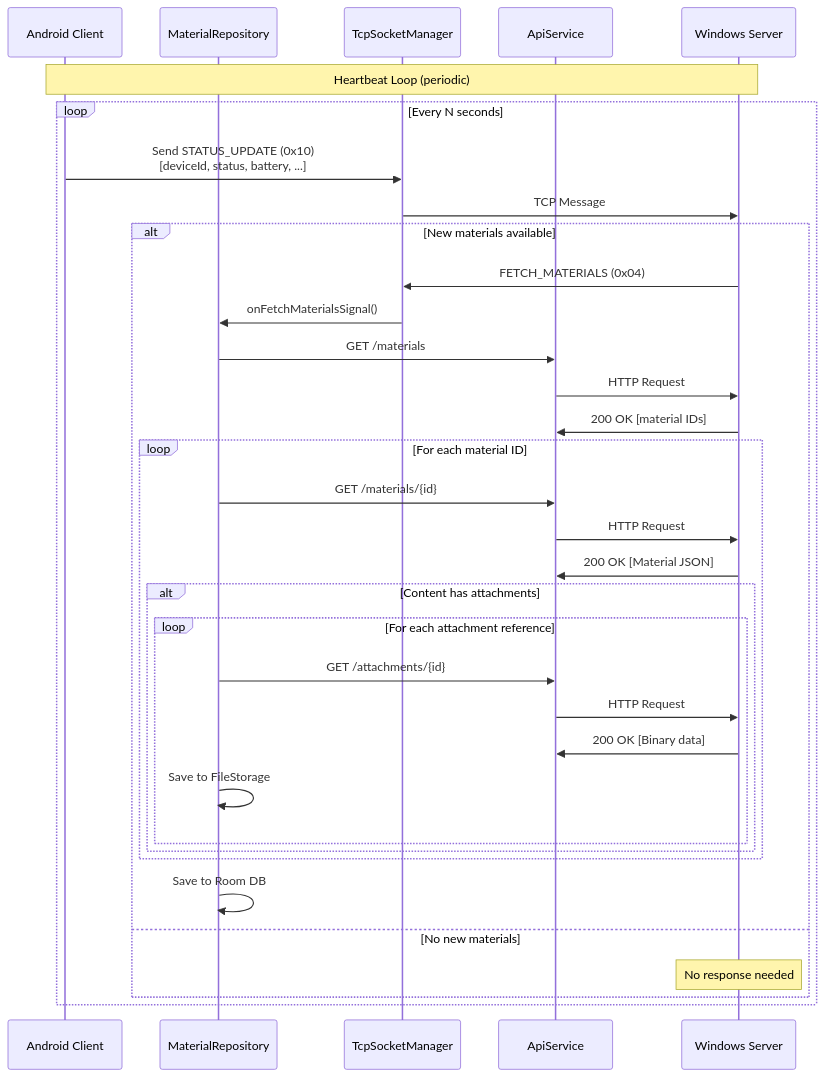
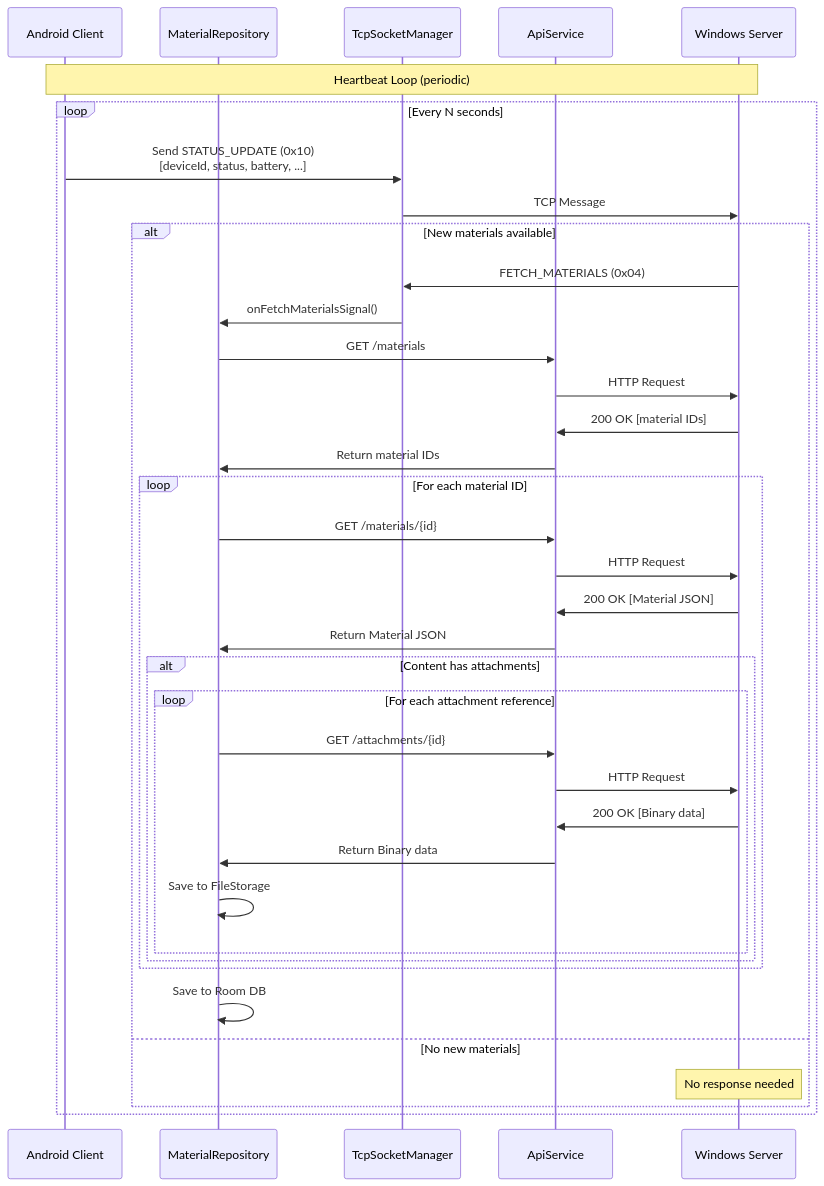
One commit to raphaellith/Manuscripta changed the fifth of 15 diagrams in docs/Android System Design.md. Above: the diagram before and after it, drawn with Mermaid. The commit also changed 1 other file, not shown here.

Commit message:
feat: add Android/Windows client tasks for session lifecycle alignment and clarify HTTP response returns in Android system design documentation.

````diff
--- a/docs/Android System Design.md
+++ b/docs/Android System Design.md
@@ -336,41 +336,44 @@
 ```mermaid
 sequenceDiagram
     participant A as Android Client
     participant MR as MaterialRepository
     participant TCP as TcpSocketManager
     participant HTTP as ApiService
     participant W as Windows Server
     
     Note over A,W: Heartbeat Loop (periodic)
     loop Every N seconds
         A->>TCP: Send STATUS_UPDATE (0x10)<br/>[deviceId, status, battery, ...]
         TCP->>W: TCP Message
         
         alt New materials available
             W->>TCP: FETCH_MATERIALS (0x04)
             TCP->>MR: onFetchMaterialsSignal()
             MR->>HTTP: GET /materials
             HTTP->>W: HTTP Request
             W->>HTTP: 200 OK [material IDs]
+            HTTP->>MR: Return material IDs
             
             loop For each material ID
                 MR->>HTTP: GET /materials/{id}
                 HTTP->>W: HTTP Request
                 W->>HTTP: 200 OK [Material JSON]
+                HTTP->>MR: Return Material JSON
                 
                 alt Content has attachments
                     loop For each attachment reference
                         MR->>HTTP: GET /attachments/{id}
                         HTTP->>W: HTTP Request
                         W->>HTTP: 200 OK [Binary data]
+                        HTTP->>MR: Return Binary data
                         MR->>MR: Save to FileStorage
                     end
                 end
             end
             
             MR->>MR: Save to Room DB
         else No new materials
             Note over W: No response needed
         end
     end
 ```
````
